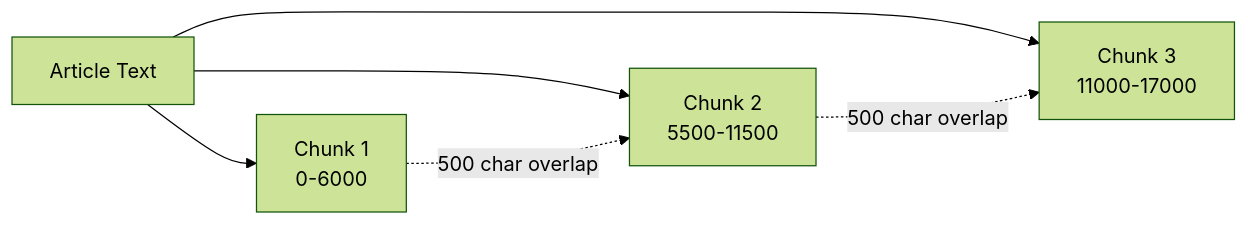
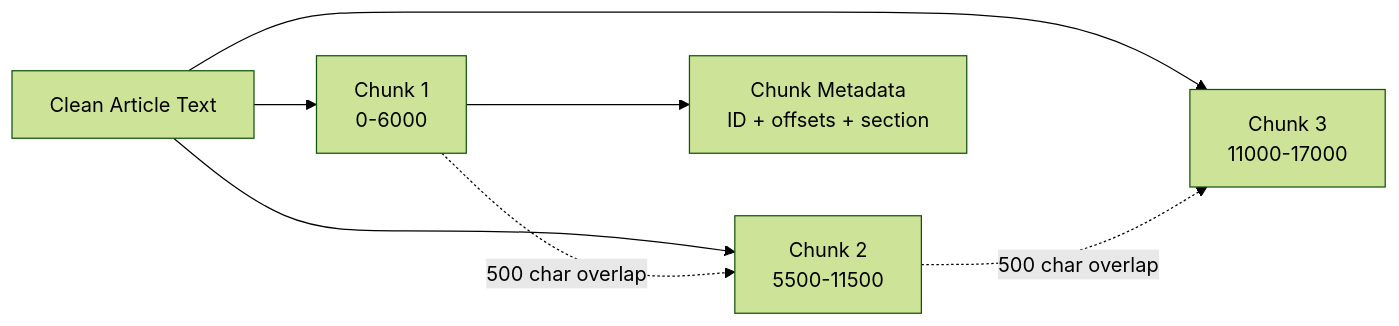
Before and after one commit to anthonylitwin/med-graph-rag: the fifth of 12 diagrams in docs/capstone_presentation.md, drawn with Mermaid (forest theme). The commit also changed other lines of this file, not shown here.

````diff
--- a/docs/capstone_presentation.md
+++ b/docs/capstone_presentation.md
@@ -223,8 +262,9 @@
 ```mermaid
 flowchart LR
-    A["Article Text"] --> B["Chunk 1<br/>0-6000"]
+    A["Clean Article Text"] --> B["Chunk 1<br/>0-6000"]
     A --> C["Chunk 2<br/>5500-11500"]
     A --> D["Chunk 3<br/>11000-17000"]
     B -. "500 char overlap" .-> C
     C -. "500 char overlap" .-> D
+    B --> E["Chunk Metadata<br/>ID + offsets + section"]
 ```
````
